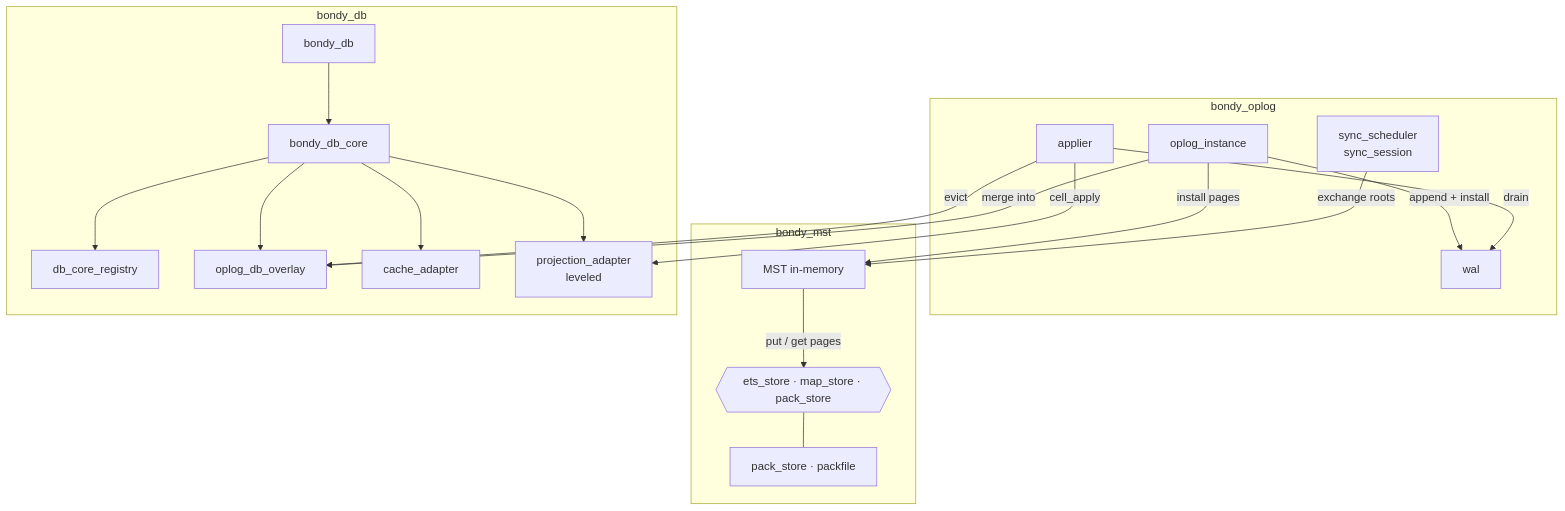
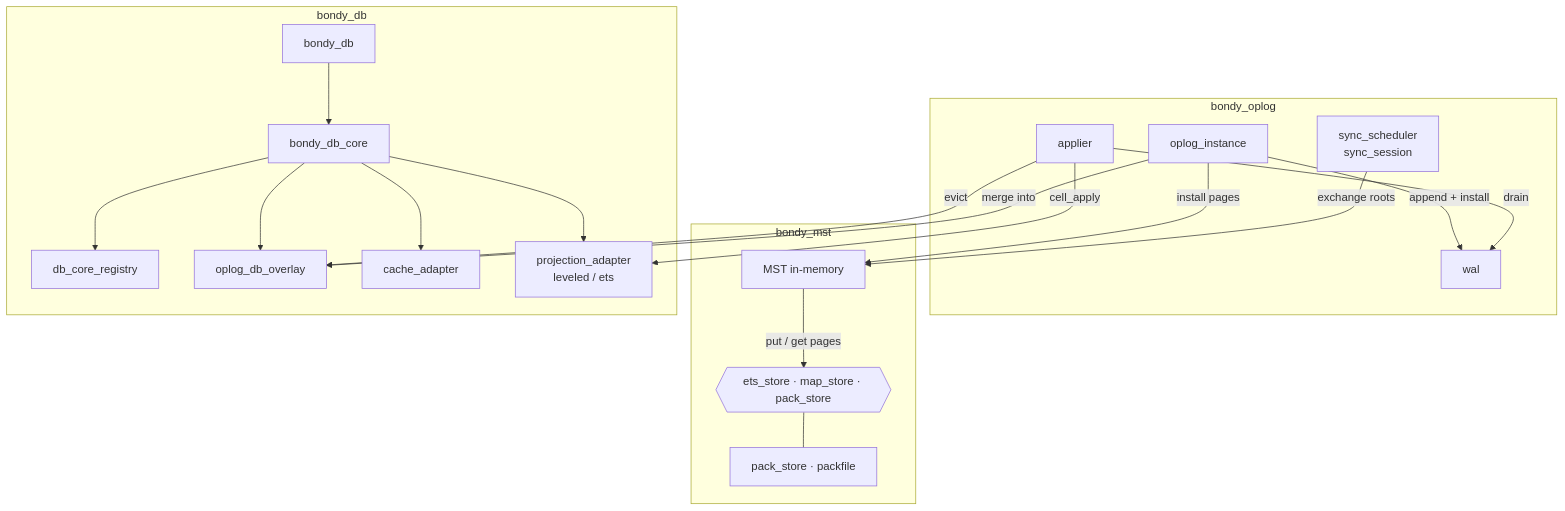
One commit to bondy-io/bondy_mst changed the fifth of 5 diagrams in doc_extras/architecture/00_overview.md. Above: the diagram before and after it, drawn with Mermaid. The commit also changed other lines of this file and 10 other files, not shown here.

````diff
--- a/doc_extras/architecture/00_overview.md
+++ b/doc_extras/architecture/00_overview.md
@@ -167,39 +169,39 @@
 ```mermaid
 flowchart TB
     subgraph BONDY_OPLOG["bondy_oplog"]
         OPLOG_INST["oplog_instance"]
         WAL["wal"]
         SYNC["sync_scheduler<br/>sync_session"]
         APP["applier"]
     end
     subgraph BONDY_MST["bondy_mst"]
         TREE["MST in-memory"]
         PSTORE["pack_store · packfile"]
         STORES{{"ets_store · map_store · pack_store"}}
     end
     subgraph BONDY_DB["bondy_db"]
         FACADE["bondy_db"]
         CORE["bondy_db_core"]
         REG["db_core_registry"]
         OVERLAY["oplog_db_overlay"]
         CACHE["cache_adapter"]
-        PROJ["projection_adapter<br/>leveled"]
+        PROJ["projection_adapter<br/>leveled / ets"]
     end
 
     OPLOG_INST -->|"append + install"| WAL
     OPLOG_INST -->|"install pages"| TREE
     TREE -->|"put / get pages"| STORES
     STORES --- PSTORE
     APP -->|"drain"| WAL
     APP -->|"cell_apply"| PROJ
     APP -->|"evict"| OVERLAY
     SYNC -->|"exchange roots"| TREE
 
     FACADE --> CORE
     CORE --> REG
     CORE --> CACHE
     CORE --> OVERLAY
     CORE --> PROJ
 
     OPLOG_INST -->|"merge into"| OVERLAY
 ```
````
